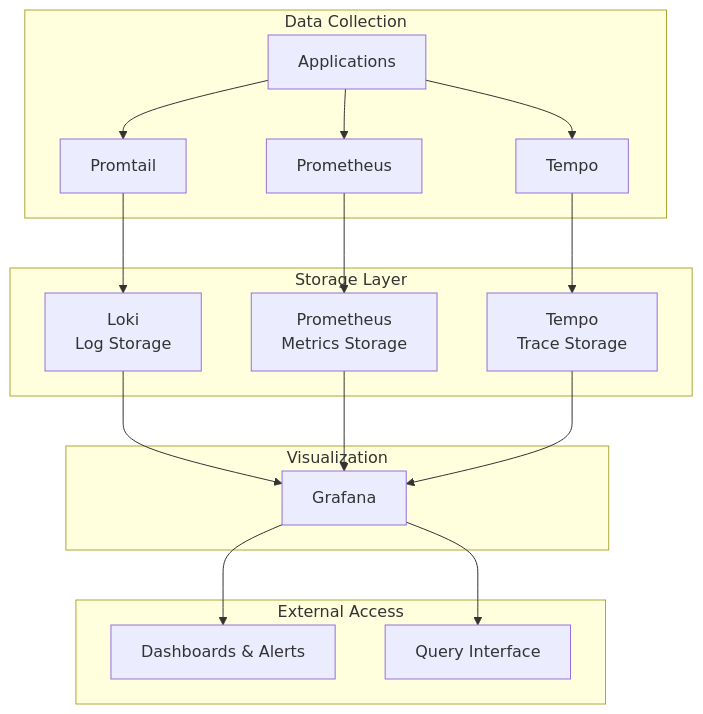
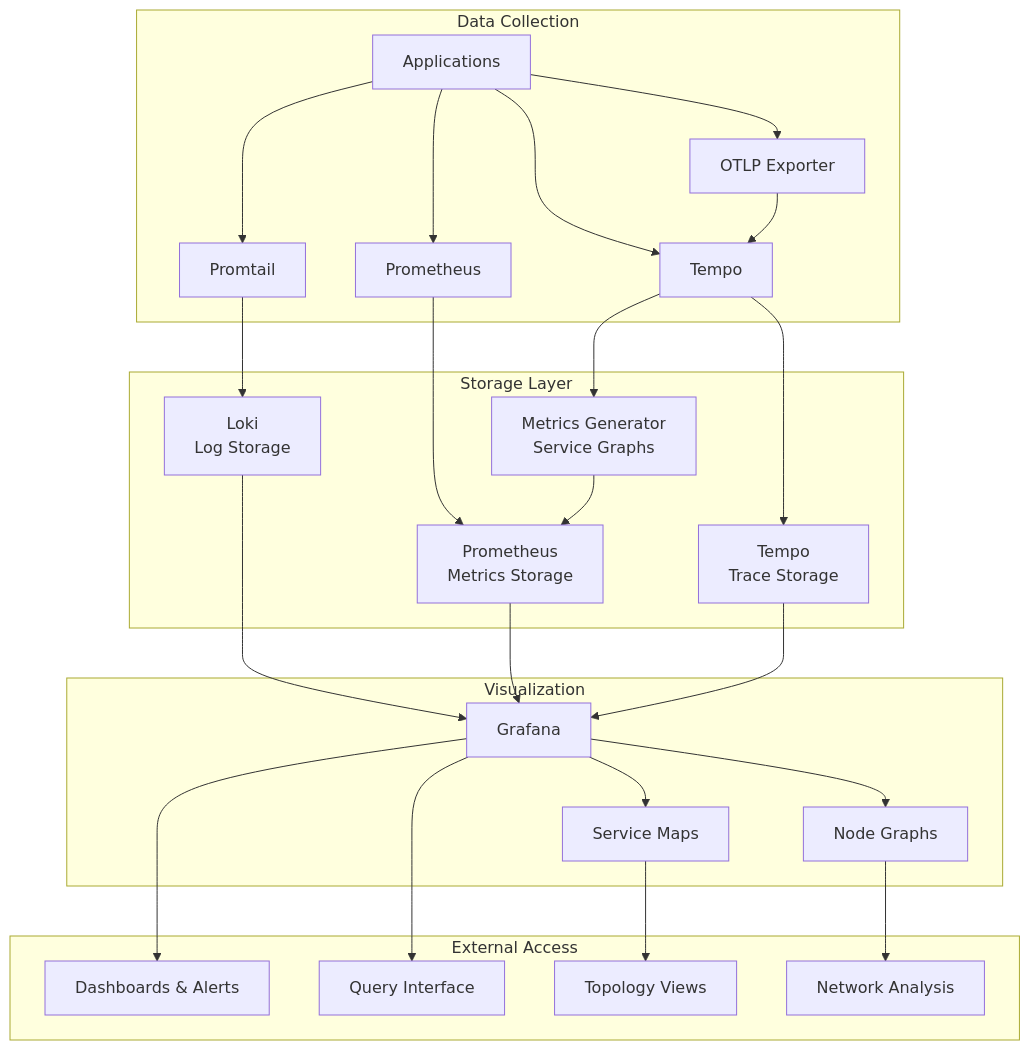
The diagram in README.md (Deffz-Finesse/Grafana-Observability-Stack), drawn with Mermaid before and after one commit. The commit also changed other lines of this file, not shown here.

````diff
--- a/README.md
+++ b/README.md
@@ -27,25 +32,33 @@
 ```mermaid
 graph TB
     subgraph "Data Collection"
         A[Applications] --> B[Promtail]
         A --> C[Prometheus]
         A --> D[Tempo]
+        A --> E[OTLP Exporter]
+        E --> D
     end
 
     subgraph "Storage Layer"
-        B --> E[Loki<br/>Log Storage]
-        C --> F[Prometheus<br/>Metrics Storage]
-        D --> G[Tempo<br/>Trace Storage]
+        B --> F[Loki<br/>Log Storage]
+        C --> G[Prometheus<br/>Metrics Storage]
+        D --> H[Tempo<br/>Trace Storage]
+        D --> I[Metrics Generator<br/>Service Graphs]
+        I --> G
     end
 
     subgraph "Visualization"
-        E --> H[Grafana]
-        F --> H
-        G --> H
+        F --> J[Grafana]
+        G --> J
+        H --> J
+        J --> K[Service Maps]
+        J --> L[Node Graphs]
     end
 
     subgraph "External Access"
-        H --> I[Dashboards & Alerts]
-        H --> J[Query Interface]
+        J --> M[Dashboards & Alerts]
+        J --> N[Query Interface]
+        K --> O[Topology Views]
+        L --> P[Network Analysis]
     end
 ```
````
